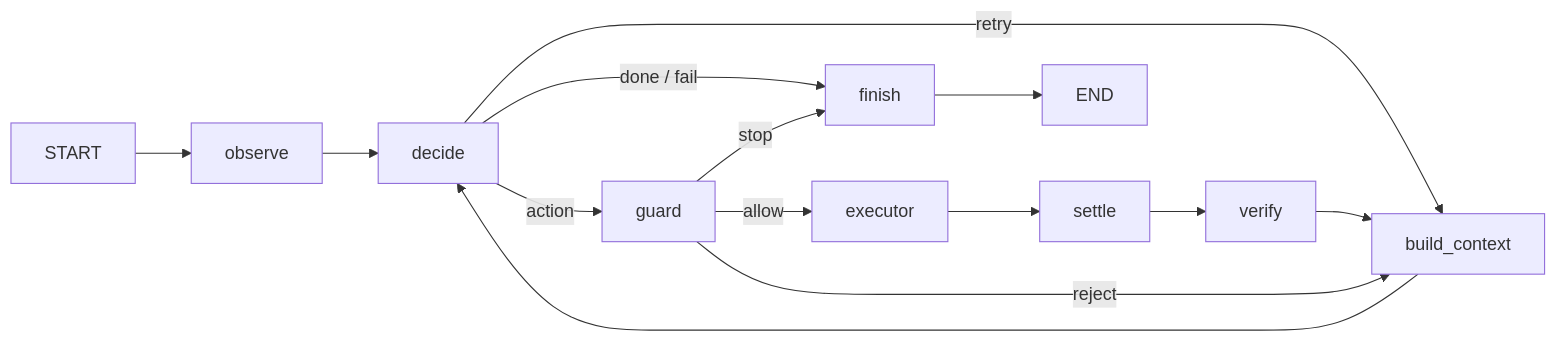
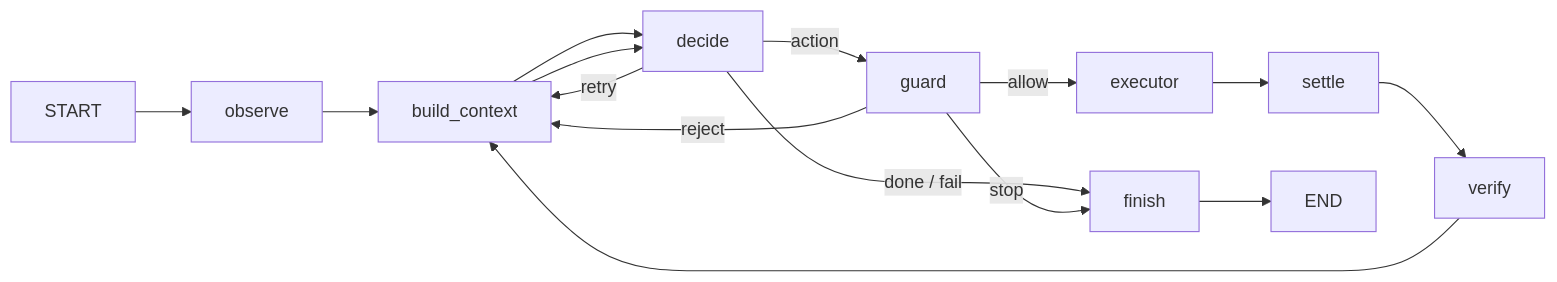
Before and after one commit to Dishank-Sen/Friday: the diagram in docs/harness.md, drawn with Mermaid. The commit also changed other lines of this file and 5 other files, not shown here.

Commit message:
document harness prompt context flow

````diff
--- a/docs/harness.md
+++ b/docs/harness.md
@@ -7,10 +7,10 @@
 ```mermaid
 flowchart LR
-    START --> observe --> decide
+    START --> observe --> build_context --> decide
     decide -->|action| guard
     decide -->|done / fail| finish
     decide -->|retry| build_context
     guard -->|allow| executor --> settle --> verify --> build_context --> decide
     guard -->|reject| build_context
     guard -->|stop| finish --> END
 ```
````
